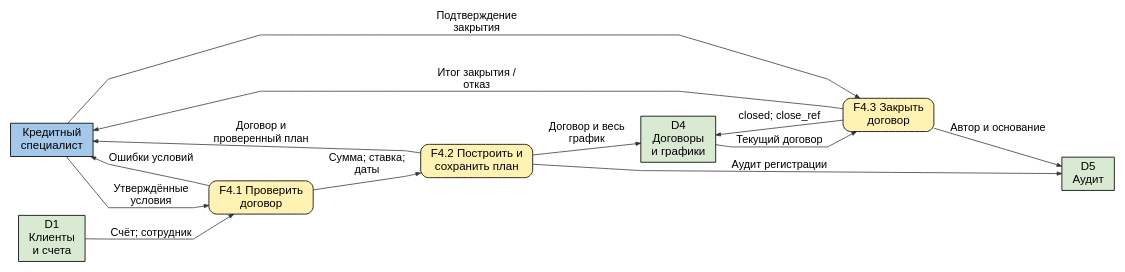
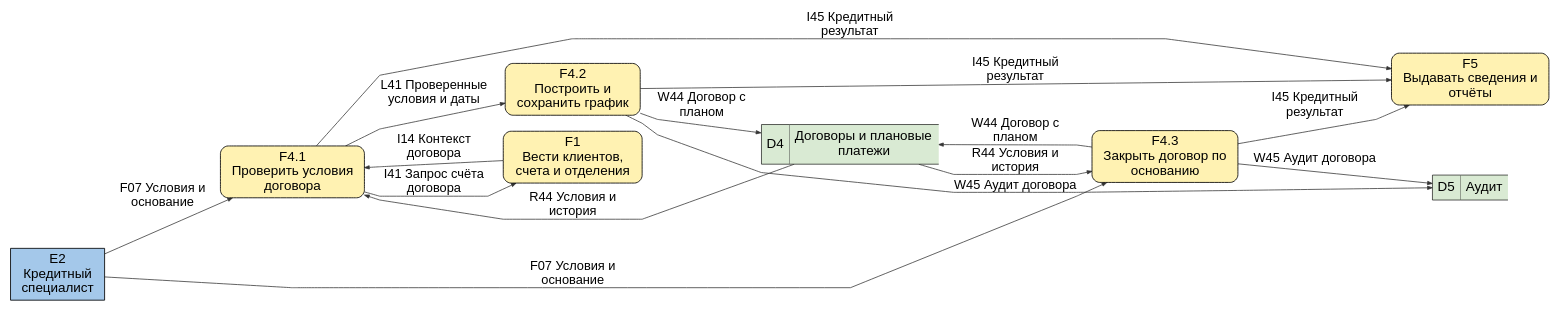
One commit to qwertyvich/IT-project changed the diagram in figures/B7_loans.dot. Above: the diagram before and after it, drawn with Graphviz. The commit also changed 99 other files, not shown here.

```diff
--- a/figures/B7_loans.dot
+++ b/figures/B7_loans.dot
@@ -1,24 +1,27 @@
 digraph B7_loans {
 graph [rankdir=LR, bgcolor="white", pad=.12, nodesep=.35, ranksep=.65, splines=polyline, outputorder=edgesfirst];
-node [fontname="Arial", fontsize=18, margin=".12,.08", penwidth=1.3];
-edge [fontname="Arial", fontsize=17, color="#333333", penwidth=1.2, arrowsize=.75];
-"e" [label="Кредитный\nспециалист", shape="box", style="filled", fillcolor="#A4C8EA", width="1.792"];
-"p1" [label="F4.1 Проверить\nдоговор", shape="box", style="rounded,filled", fillcolor="#FFF2B2", width="2.264"];
-"p2" [label="F4.2 Построить и\nсохранить план", shape="box", style="rounded,filled", fillcolor="#FFF2B2", width="2.431"];
-"p3" [label="F4.3 Закрыть\nдоговор", shape="box", style="rounded,filled", fillcolor="#FFF2B2", width="1.972"];
-"D1" [label="D1\nКлиенты\nи счета", shape="record", style="filled", fillcolor="#D9EAD3", width="1.444"];
-"D4" [label="D4\nДоговоры\nи графики", shape="record", style="filled", fillcolor="#D9EAD3", width="1.625"];
-"D5" [label="D5\nАудит", shape="record", style="filled", fillcolor="#D9EAD3", width="1.139"];
-e -> p1 [label="Утверждённые\nусловия"];
-D1 -> p1 [label="Счёт; сотрудник"];
-p1 -> p2 [label="Сумма; ставка;\nдаты"];
-p1 -> e [label="Ошибки условий"];
-p2 -> D4 [label="Договор и весь\nграфик"];
-p2 -> D5 [label="Аудит регистрации"];
-p2 -> e [label="Договор и\nпроверенный план"];
-e -> p3 [label="Подтверждение\nзакрытия"];
-D4 -> p3 [label="Текущий договор"];
-p3 -> D4 [label="closed; close_ref"];
-p3 -> D5 [label="Автор и основание"];
-p3 -> e [label="Итог закрытия /\nотказ"];
+node [fontname="Arial", fontsize=21, margin=".12,.08", penwidth=1.3];
+edge [fontname="Arial", fontsize=20, color="#333333", penwidth=1.2, arrowsize=.75];
+"E2" [label="E2\nКредитный\nспециалист", shape="box", style="filled", fillcolor="#A4C8EA", width="2.042"];
+"F4_1" [label="F4.1\nПроверить условия\nдоговора", shape="box", style="rounded,filled", fillcolor="#FFF2B2", width="3.125"];
+E2 -> F4_1 [label="F07 Условия и\nоснование"];
+"F4_3" [label="F4.3\nЗакрыть договор по\nоснованию", shape="box", style="rounded,filled", fillcolor="#FFF2B2", width="3.167"];
+E2 -> F4_3 [label="F07 Условия и\nоснование"];
+"F1" [label="F1\nВести клиентов,\nсчета и отделения", shape="box", style="rounded,filled", fillcolor="#FFF2B2", width="3.013"];
+F4_1 -> F1 [label="I41 Запрос счёта\nдоговора"];
+F1 -> F4_1 [label="I14 Контекст\nдоговора"];
+"F5" [label="F5\nВыдавать сведения и\nотчёты", shape="box", style="rounded,filled", fillcolor="#FFF2B2", width="3.417"];
+F4_1 -> F5 [label="I45 Кредитный\nрезультат"];
+"F4_2" [label="F4.2\nПостроить и\nсохранить график", shape="box", style="rounded,filled", fillcolor="#FFF2B2", width="2.931"];
+F4_2 -> F5 [label="I45 Кредитный\nрезультат"];
+F4_3 -> F5 [label="I45 Кредитный\nрезультат"];
+"D4" [shape=plain,style="",label=<<TABLE BORDER="0" CELLBORDER="0" CELLSPACING="0" CELLPADDING="7"><TR><TD BORDER="1" SIDES="TLBR" BGCOLOR="#D9EAD3">D4</TD><TD BORDER="1" SIDES="TB" BGCOLOR="#D9EAD3">Договоры и плановые<BR/>платежи</TD></TR></TABLE>>];
+D4 -> F4_1 [label="R44 Условия и\nистория"];
+D4 -> F4_3 [label="R44 Условия и\nистория"];
+F4_2 -> D4 [label="W44 Договор с\nпланом"];
+F4_3 -> D4 [label="W44 Договор с\nпланом"];
+"D5" [shape=plain,style="",label=<<TABLE BORDER="0" CELLBORDER="0" CELLSPACING="0" CELLPADDING="7"><TR><TD BORDER="1" SIDES="TLBR" BGCOLOR="#D9EAD3">D5</TD><TD BORDER="1" SIDES="TB" BGCOLOR="#D9EAD3">Аудит</TD></TR></TABLE>>];
+F4_2 -> D5 [label="W45 Аудит договора"];
+F4_3 -> D5 [label="W45 Аудит договора"];
+F4_1 -> F4_2 [label="L41 Проверенные\nусловия и даты"];
 }
```
